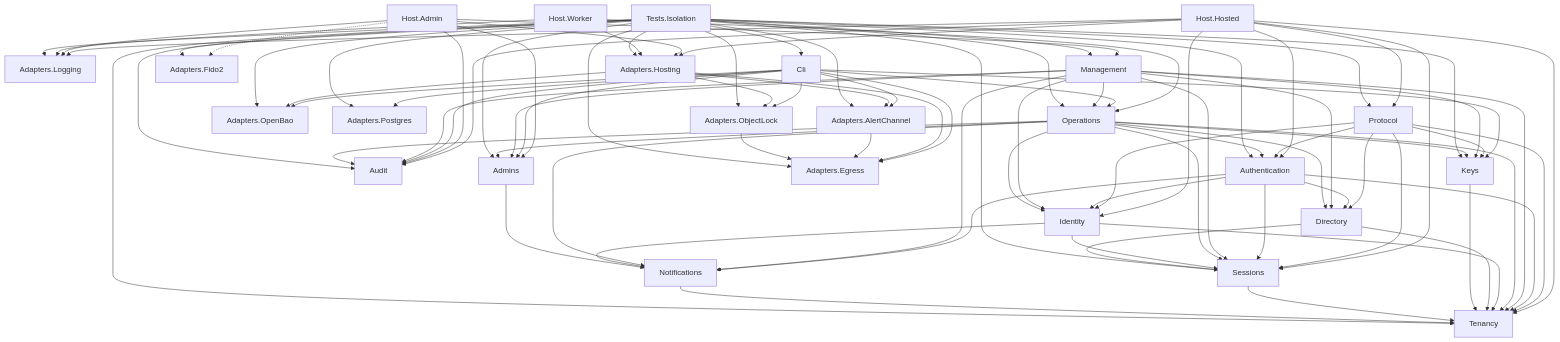
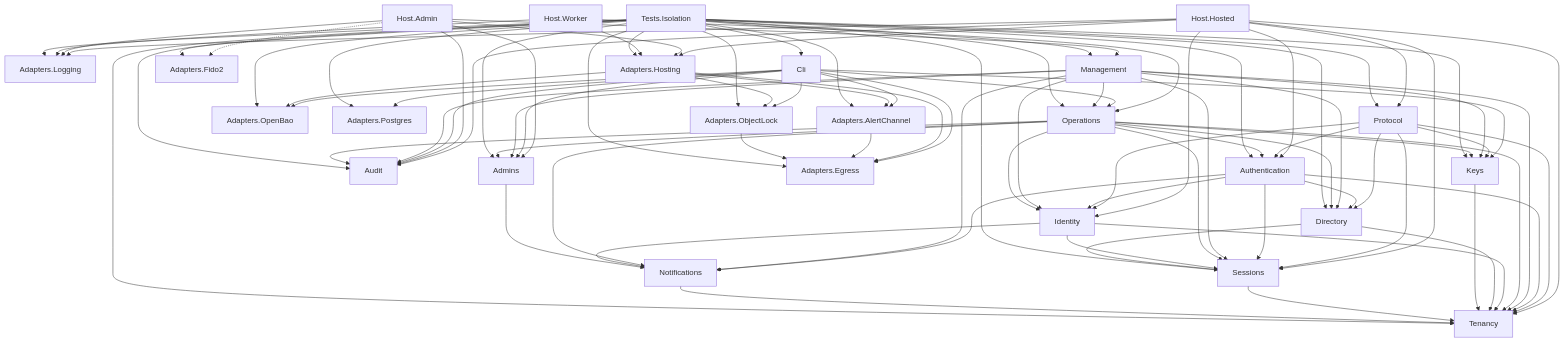
The diagram in docs/architecture/module-dependencies.md (shanilmelder/gatekeep), drawn with Mermaid before and after one commit. The commit also changed 15 other files, not shown here.

```diff
--- a/docs/architecture/module-dependencies.md
+++ b/docs/architecture/module-dependencies.md
@@ -112,6 +112,7 @@
   TestsIsolation --> Admins
   TestsIsolation --> Audit
   TestsIsolation --> Authentication
+  TestsIsolation --> Directory
   TestsIsolation --> Cli
   TestsIsolation --> Keys
   TestsIsolation --> Management
```
